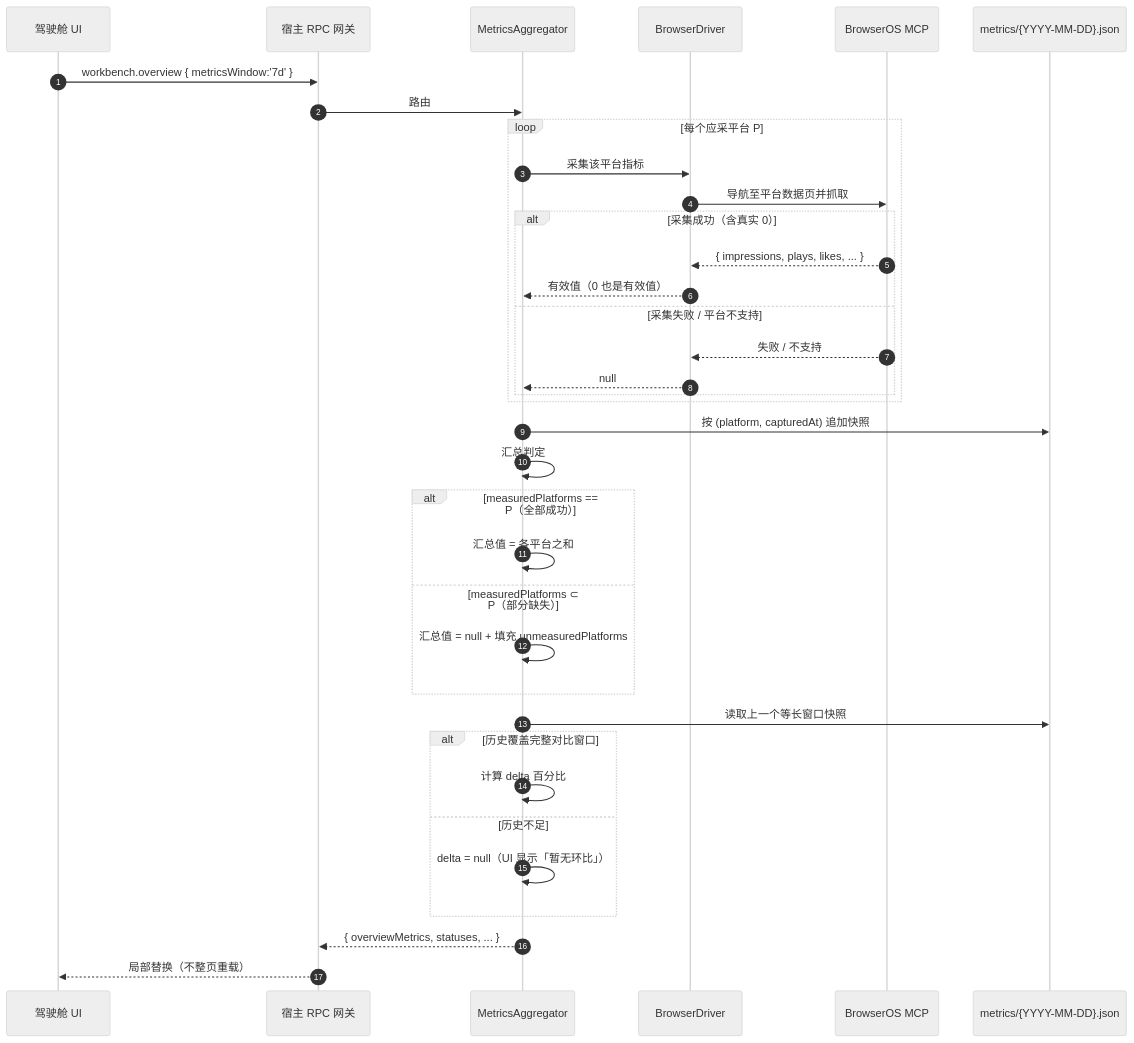
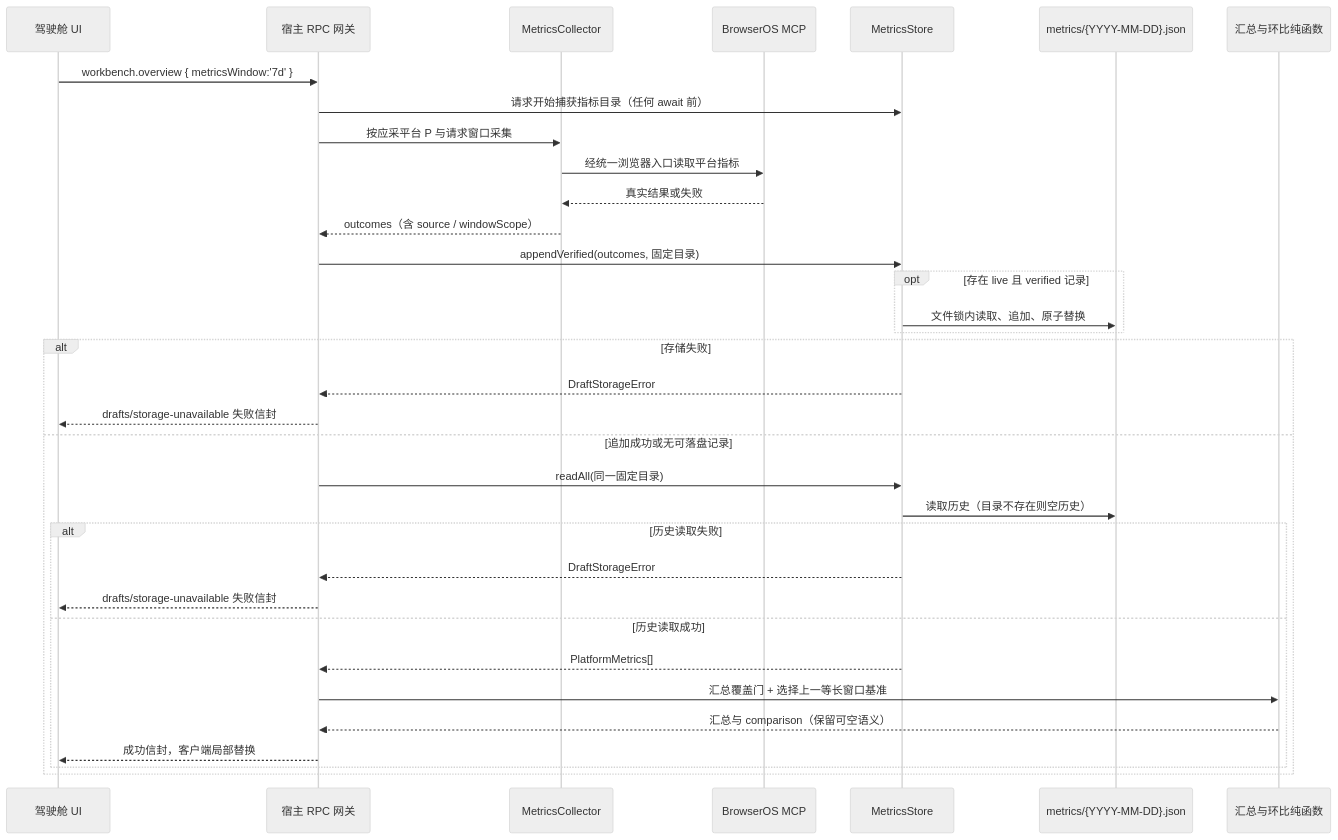
The sixth of 10 diagrams in .context/architecture/runtime_view.md (InJoysAI/dsh-growth-studio), drawn with Mermaid (neutral theme) before and after one commit. The commit also changed other lines of this file and 9 other files, not shown here.

Commit message:
docs: sync metrics snapshot storage contract across architecture assets

````diff
--- a/.context/architecture/runtime_view.md
+++ b/.context/architecture/runtime_view.md
@@ -260,39 +262,37 @@
 ```mermaid
 sequenceDiagram
-    autonumber
     participant WB as 驾驶舱 UI
     participant RPC as 宿主 RPC 网关
-    participant MA as MetricsAggregator
-    participant BD as BrowserDriver
+    participant MC as MetricsCollector
     participant BOS as BrowserOS MCP
+    participant MS as MetricsStore
     participant Hist as metrics/{YYYY-MM-DD}.json
+    participant Calc as 汇总与环比纯函数
 
     WB->>RPC: workbench.overview { metricsWindow:'7d' }
-    RPC->>MA: 路由
-    loop 每个应采平台 P
-        MA->>BD: 采集该平台指标
-        BD->>BOS: 导航至平台数据页并抓取
-        alt 采集成功（含真实 0）
-            BOS-->>BD: { impressions, plays, likes, ... }
-            BD-->>MA: 有效值（0 也是有效值）
-        else 采集失败 / 平台不支持
-            BOS-->>BD: 失败 / 不支持
-            BD-->>MA: null
+    RPC->>MS: 请求开始捕获指标目录（任何 await 前）
+    RPC->>MC: 按应采平台 P 与请求窗口采集
+    MC->>BOS: 经统一浏览器入口读取平台指标
+    BOS-->>MC: 真实结果或失败
+    MC-->>RPC: outcomes（含 source / windowScope）
+    RPC->>MS: appendVerified(outcomes, 固定目录)
+    opt 存在 live 且 verified 记录
+        MS->>Hist: 文件锁内读取、追加、原子替换
+    end
+    alt 存储失败
+        MS-->>RPC: DraftStorageError
+        RPC-->>WB: drafts/storage-unavailable 失败信封
+    else 追加成功或无可落盘记录
+        RPC->>MS: readAll(同一固定目录)
+        MS->>Hist: 读取历史（目录不存在则空历史）
+        alt 历史读取失败
+            MS-->>RPC: DraftStorageError
+            RPC-->>WB: drafts/storage-unavailable 失败信封
+        else 历史读取成功
+            MS-->>RPC: PlatformMetrics[]
+            RPC->>Calc: 汇总覆盖门 + 选择上一等长窗口基准
+            Calc-->>RPC: 汇总与 comparison（保留可空语义）
+            RPC-->>WB: 成功信封，客户端局部替换
         end
     end
-    MA->>Hist: 按 (platform, capturedAt) 追加快照
-    MA->>MA: 汇总判定
-    alt measuredPlatforms == P（全部成功）
-        MA->>MA: 汇总值 = 各平台之和
-    else measuredPlatforms ⊂ P（部分缺失）
-        MA->>MA: 汇总值 = null + 填充 unmeasuredPlatforms
-    end
-    MA->>Hist: 读取上一个等长窗口快照
-    alt 历史覆盖完整对比窗口
-        MA->>MA: 计算 delta 百分比
-    else 历史不足
-        MA->>MA: delta = null（UI 显示「暂无环比」）
-    end
-    MA-->>RPC: { overviewMetrics, statuses, ... }
-    RPC-->>WB: 局部替换（不整页重载）
 ```
````
